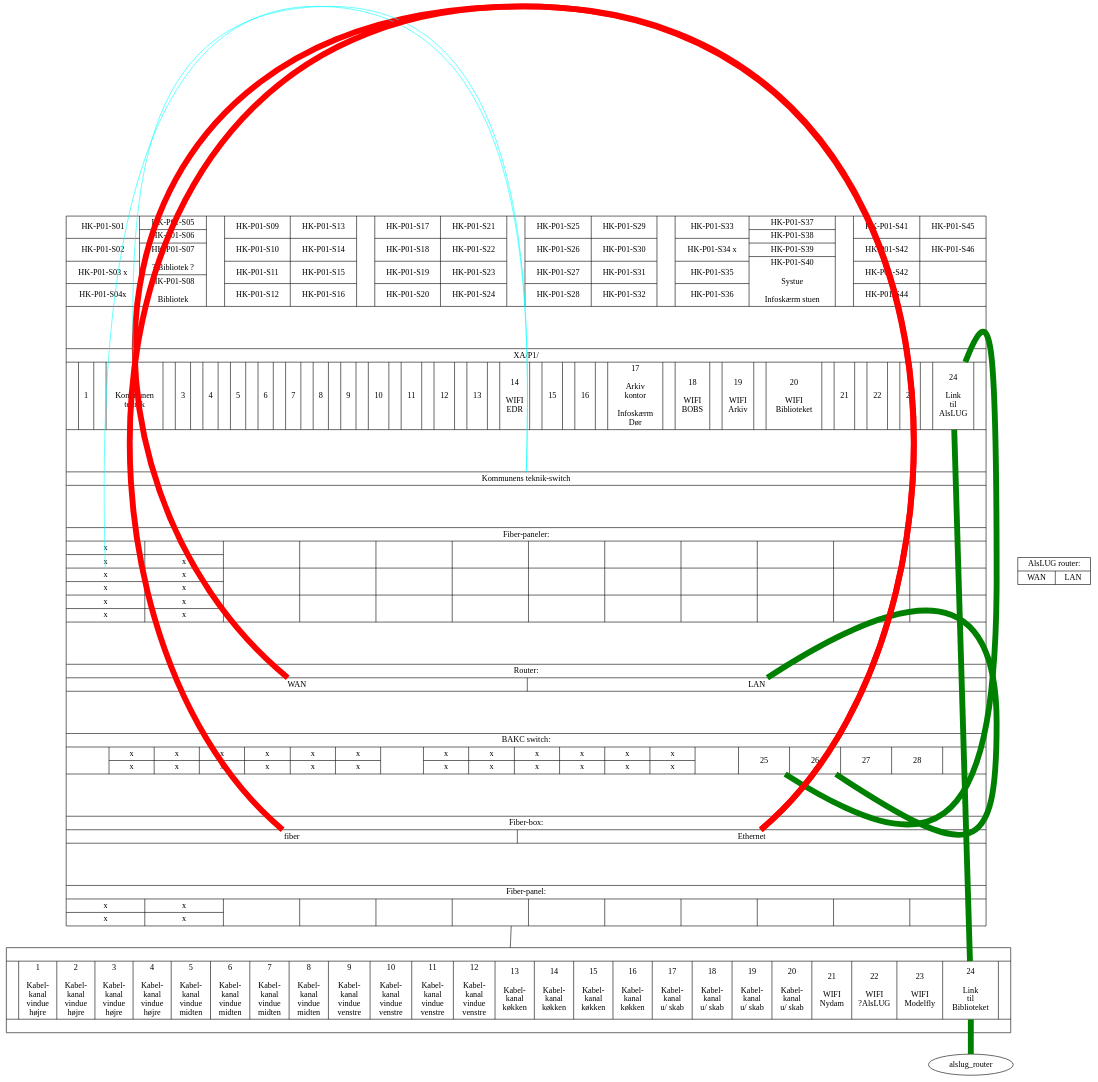
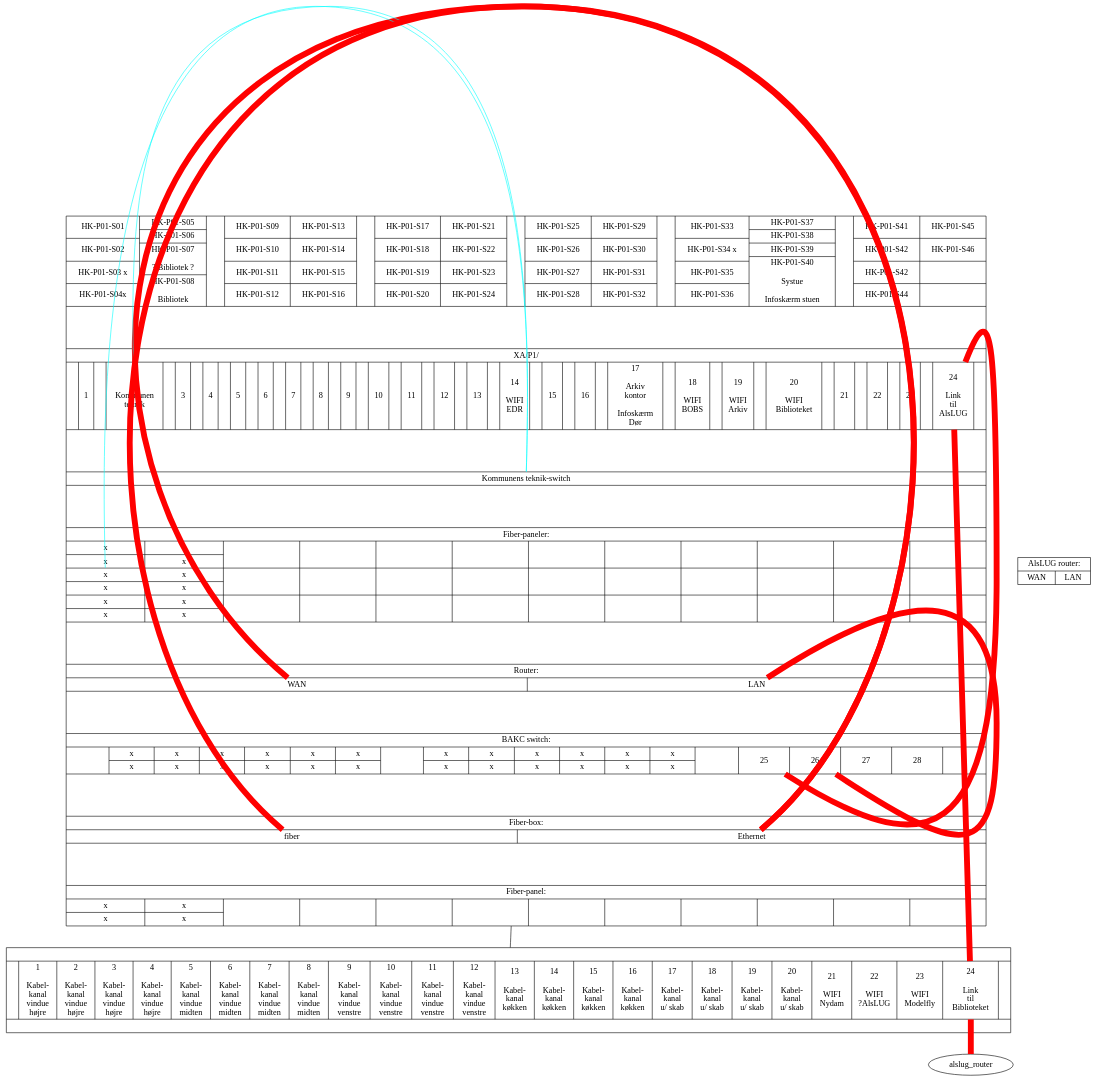
Before and after one commit to alslug/alslug.dk: the diagram in projekter/patch-paneler.dot, drawn with Graphviz.

```diff
--- a/projekter/patch-paneler.dot
+++ b/projekter/patch-paneler.dot
@@ -198,8 +198,8 @@
                                       }" ];
   alslug_route [ shape=record label="{AlsLUG router:|{<wan> WAN|<lan> LAN}}" ];
   bib_patch:stofabox_ethernet -> bib_patch:route_wan [ color=red penwidth=10 ];
-  bib_patch:router_lan -> bib_patch:switch_26 [ color=green penwidth=10 ];
-  bib_patch:switch_25 -> bib_patch:xa_p1_24 -> alslug_patch:24 -> alslug_router:wan [ color=green penwidth=10 ];
+  bib_patch:router_lan -> bib_patch:switch_26 [ color=red penwidth=10 ];
+  bib_patch:switch_25 -> bib_patch:xa_p1_24 -> alslug_patch:24 -> alslug_router:wan [ color=red penwidth=10 ];
 
   bib_patch -> alslug_patch;
   bib_patch:xa_p1_2 -> bib_patch:kom_switch -> bib_patch:kom_fiber [ color=cyan ];
```
